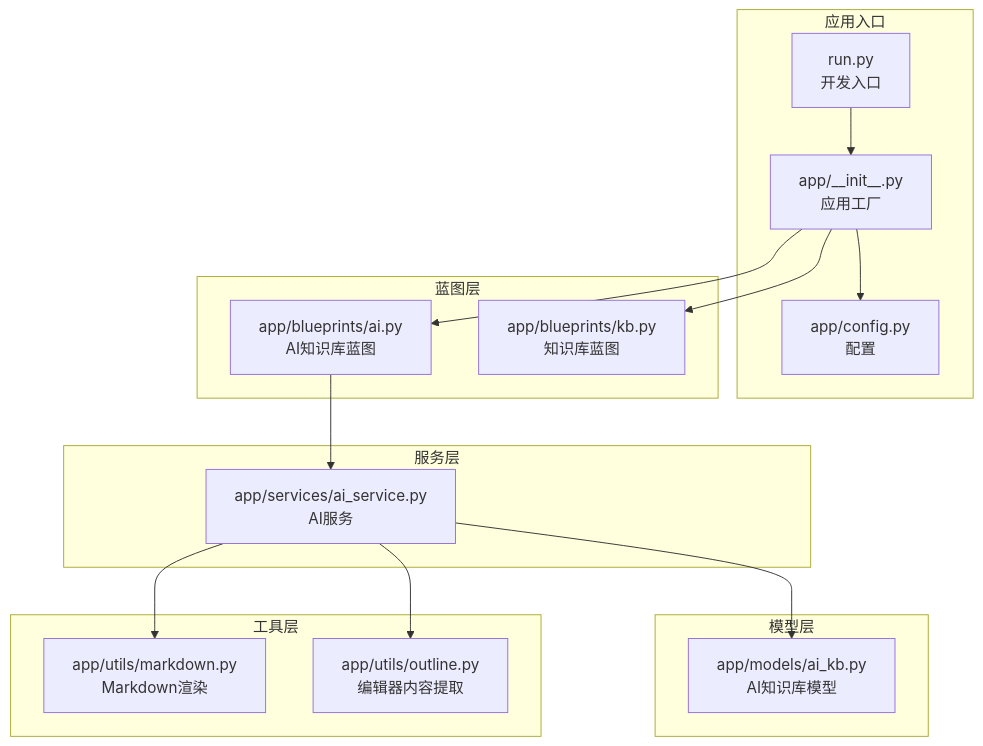
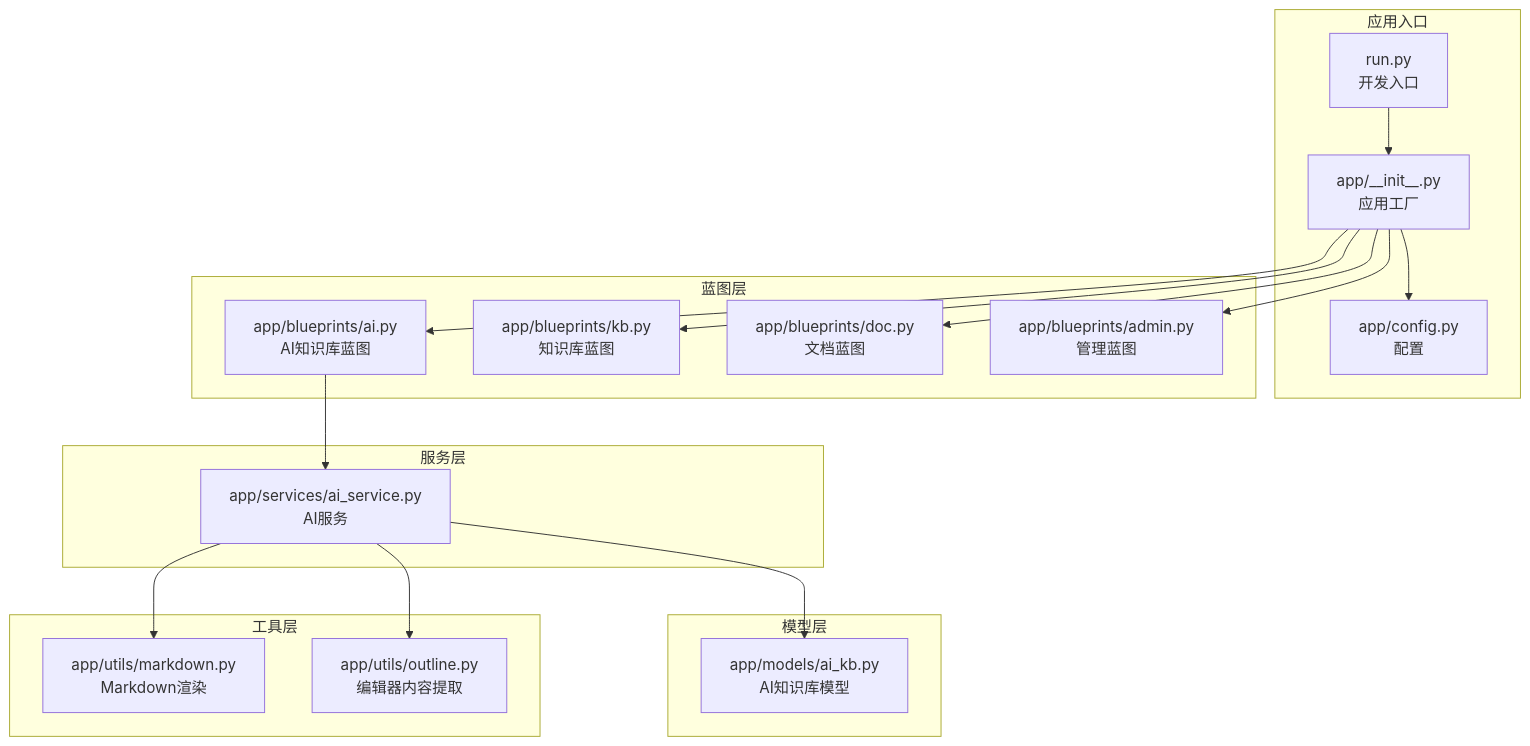
The first of 6 diagrams in .qoder/repowiki/zh/content/架构设计/蓝图系统设计/AI知识库蓝图 (AI Knowledge Base Blueprint).md (beyondalbert/my_wiki), drawn with Mermaid before and after one commit. The commit also changed other lines of this file and 21 other files, not shown here.

````diff
--- a/.qoder/repowiki/zh/content/架构设计/蓝图系统设计/AI知识库蓝图 (AI Knowledge Base Blueprint).md
+++ b/.qoder/repowiki/zh/content/架构设计/蓝图系统设计/AI知识库蓝图 (AI Knowledge Base Blueprint).md
@@ -38,30 +51,34 @@
 ```mermaid
 graph TB
 subgraph "应用入口"
 RUN["run.py<br/>开发入口"]
 APP["app/__init__.py<br/>应用工厂"]
 CFG["app/config.py<br/>配置"]
 end
 subgraph "蓝图层"
 AI_BP["app/blueprints/ai.py<br/>AI知识库蓝图"]
 KB_BP["app/blueprints/kb.py<br/>知识库蓝图"]
+DOC_BP["app/blueprints/doc.py<br/>文档蓝图"]
+ADMIN_BP["app/blueprints/admin.py<br/>管理蓝图"]
 end
 subgraph "服务层"
 AI_SRV["app/services/ai_service.py<br/>AI服务"]
 end
 subgraph "模型层"
 MODELS["app/models/ai_kb.py<br/>AI知识库模型"]
 end
 subgraph "工具层"
 MD["app/utils/markdown.py<br/>Markdown渲染"]
 OUTLINE["app/utils/outline.py<br/>编辑器内容提取"]
 end
 RUN --> APP
 APP --> CFG
 APP --> AI_BP
 APP --> KB_BP
+APP --> DOC_BP
+APP --> ADMIN_BP
 AI_BP --> AI_SRV
 AI_SRV --> MODELS
 AI_SRV --> MD
 AI_SRV --> OUTLINE
 ```
````
